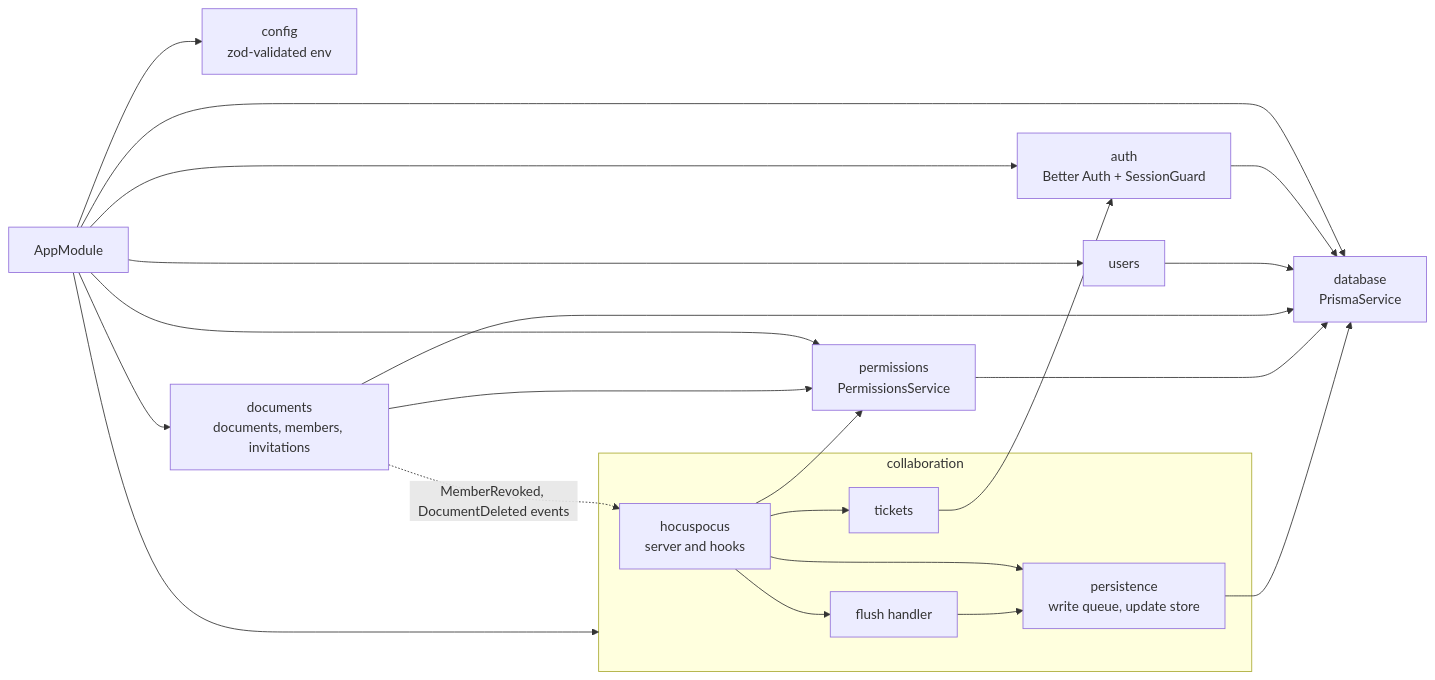
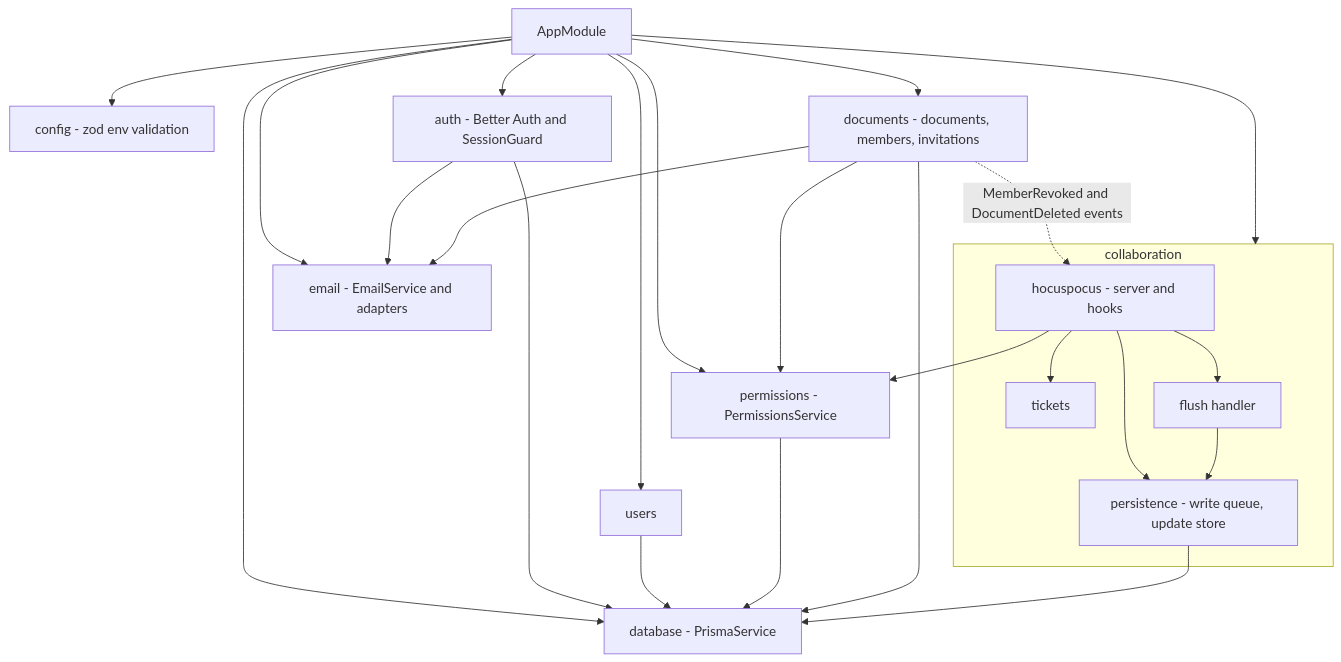
One commit to syncspace-app/syncspace changed the first of 18 diagrams in docs/architecture-lld.md. Above: the diagram before and after it, drawn with Mermaid. The commit also changed other lines of this file and 2 other files, not shown here.

````diff
--- a/docs/architecture-lld.md
+++ b/docs/architecture-lld.md
@@ -57,38 +76,39 @@
 ```mermaid
-flowchart LR
-  APP["AppModule"]
-  CFG["config<br/>zod-validated env"]
-  DBM["database<br/>PrismaService"]
-  AUTHM["auth<br/>Better Auth + SessionGuard"]
-  USR["users"]
-  DOC["documents<br/>documents, members, invitations"]
-  PERM["permissions<br/>PermissionsService"]
-
-  subgraph COLLAB["collaboration"]
-    HPM["hocuspocus<br/>server and hooks"]
-    TKT["tickets"]
-    PST["persistence<br/>write queue, update store"]
-    FLH["flush handler"]
+flowchart TB
+  APP[AppModule]
+  CFG[config - zod env validation]
+  DBM[database - PrismaService]
+  AUTHM[auth - Better Auth and SessionGuard]
+  USR[users]
+  PERM[permissions - PermissionsService]
+  DOC[documents - documents, members, invitations]
+  MAIL[email - EmailService and adapters]
+  subgraph COL[collaboration]
+    HPM[hocuspocus - server and hooks]
+    TKT[tickets]
+    PST[persistence - write queue, update store]
+    FLH[flush handler]
   end
-
   APP --> CFG
   APP --> DBM
   APP --> AUTHM
   APP --> USR
+  APP --> PERM
   APP --> DOC
-  APP --> PERM
-  APP --> COLLAB
+  APP --> MAIL
+  APP --> COL
   AUTHM --> DBM
+  AUTHM --> MAIL
   USR --> DBM
+  PERM --> DBM
+  DOC --> PERM
   DOC --> DBM
-  DOC --> PERM
-  PERM --> DBM
-  TKT --> AUTHM
+  DOC --> MAIL
+  HPM --> PERM
   HPM --> TKT
-  HPM --> PERM
   HPM --> PST
   HPM --> FLH
   FLH --> PST
   PST --> DBM
-  DOC -.->|"MemberRevoked, DocumentDeleted events"| HPM
+  DOC -. MemberRevoked and DocumentDeleted events .-> HPM
 ```
````
